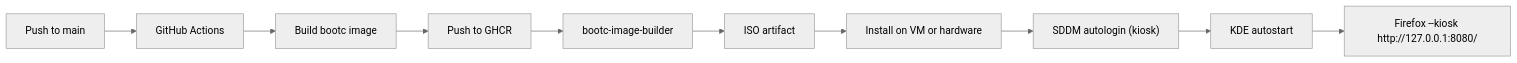
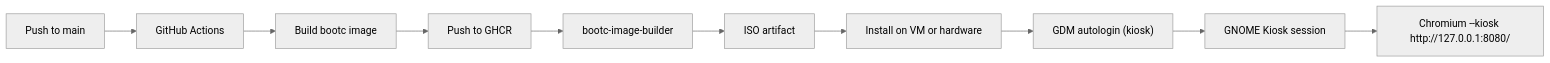
One commit to thomassmart/image-mode-shenanigans changed the diagram in README.md. Above: the diagram before and after it, drawn with Mermaid (neutral theme). The commit also changed other lines of this file and 19 other files, not shown here.

Commit message:
Switch kiosk container to GNOME

````diff
--- a/README.md
+++ b/README.md
@@ -17,12 +17,12 @@
 ```mermaid
 flowchart LR
   A["Push to main"] --> B["GitHub Actions"]
   B --> C["Build bootc image"]
   C --> D["Push to GHCR"]
   D --> E["bootc-image-builder"]
   E --> F["ISO artifact"]
   F --> G["Install on VM or hardware"]
-  G --> H["SDDM autologin (kiosk)"]
-  H --> I["KDE autostart"]
-  I --> J["Firefox --kiosk http://127.0.0.1:8080/"]
+  G --> H["GDM autologin (kiosk)"]
+  H --> I["GNOME Kiosk session"]
+  I --> J["Chromium --kiosk http://127.0.0.1:8080/"]
 ```
````
